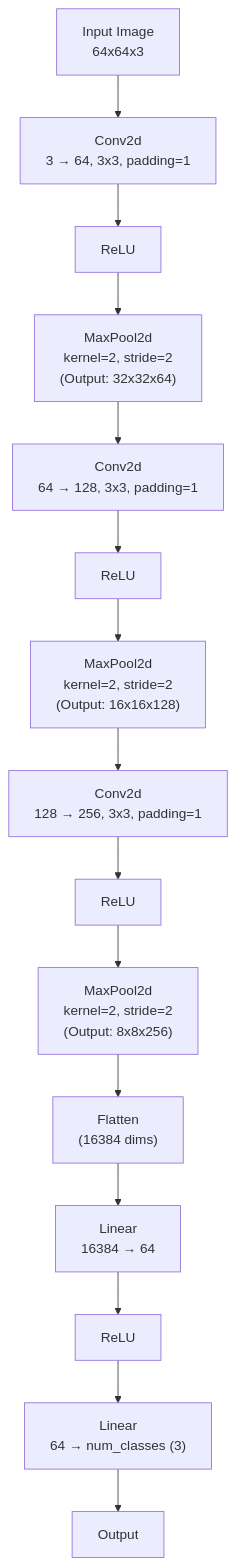
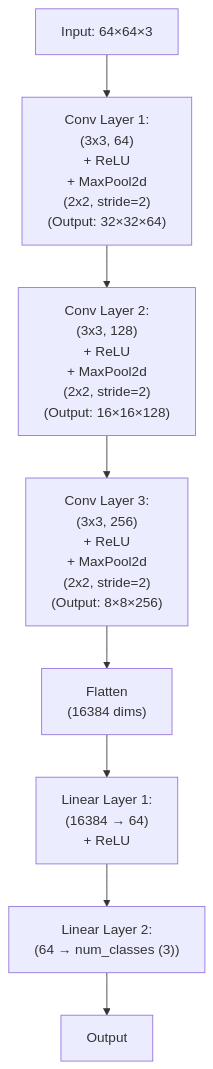
The second of 2 diagrams in README.md (Hannibal730/KONKUK-Univ_Autonomous-Driving-Competition), drawn with Mermaid before and after one commit. The commit also changed other lines of this file, not shown here.

````diff
--- a/README.md
+++ b/README.md
@@ -250,21 +250,20 @@
 ```mermaid
 flowchart TD
-  A["Input Image\n64x64x3"] --> B["Conv2d\n3 → 64, 3x3, padding=1"]
-  B --> C["ReLU"]
-  C --> D["MaxPool2d\nkernel=2, stride=2\n(Output: 32x32x64)"]
-  
-  D --> E["Conv2d\n64 → 128, 3x3, padding=1"]
-  E --> F["ReLU"]
-  F --> G["MaxPool2d\nkernel=2, stride=2\n(Output: 16x16x128)"]
-  
-  G --> H["Conv2d\n128 → 256, 3x3, padding=1"]
-  H --> I["ReLU"]
-  I --> J["MaxPool2d\nkernel=2, stride=2\n(Output: 8x8x256)"]
-  
-  J --> K["Flatten\n(16384 dims)"]
-  K --> L["Linear\n16384 → 64"]
-  L --> M["ReLU"]
-  M --> N["Linear\n64 → num_classes (3)"]
-  N --> O["Output"]
+    A["Input: 64×64×3"]
+    B["Conv Layer 1:<br/>(3x3, 64)<br/>+ ReLU<br/>+ MaxPool2d<br/>(2x2, stride=2)<br/>(Output: 32×32×64)"]
+    C["Conv Layer 2:<br/>(3x3, 128)<br/>+ ReLU<br/>+ MaxPool2d<br/>(2x2, stride=2)<br/>(Output: 16×16×128)"]
+    D["Conv Layer 3:<br/>(3x3, 256)<br/>+ ReLU<br/>+ MaxPool2d<br/>(2x2, stride=2)<br/>(Output: 8×8×256)"]
+    E["Flatten<br/>(16384 dims)"]
+    F["Linear Layer 1:<br/>(16384 → 64)<br/>+ ReLU"]
+    G["Linear Layer 2:<br/>(64 → num_classes (3))"]
+    H["Output"]
+
+    A --> B
+    B --> C
+    C --> D
+    D --> E
+    E --> F
+    F --> G
+    G --> H
 
 ```
````
